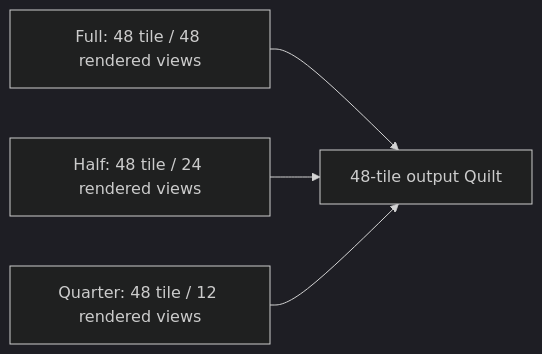
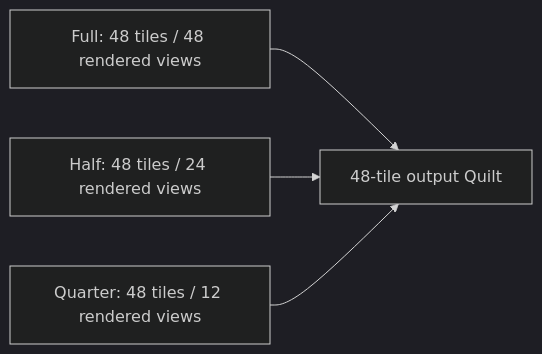
Before and after one commit to zabaglione/ViewWeave: the second of 2 diagrams in docs/getting-started.md, drawn with Mermaid (dark theme). The commit also changed other lines of this file and 68 other files, not shown here.

````diff
--- a/docs/getting-started.md
+++ b/docs/getting-started.md
@@ -53,6 +55,6 @@
 ```mermaid
 flowchart LR
-    Full["Full: 48 tile / 48 rendered views"] --> Quilt["48-tile output Quilt"]
-    Half["Half: 48 tile / 24 rendered views"] --> Quilt
-    Quarter["Quarter: 48 tile / 12 rendered views"] --> Quilt
+    Full["Full: 48 tiles / 48 rendered views"] --> Quilt["48-tile output Quilt"]
+    Half["Half: 48 tiles / 24 rendered views"] --> Quilt
+    Quarter["Quarter: 48 tiles / 12 rendered views"] --> Quilt
 ```
````
